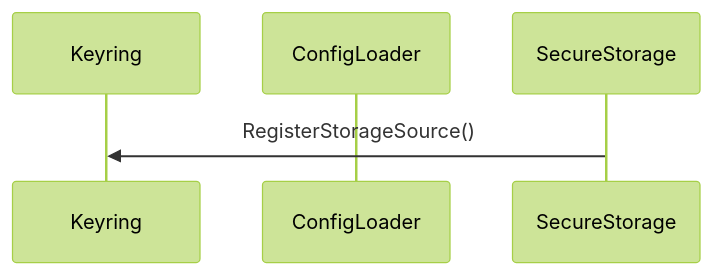
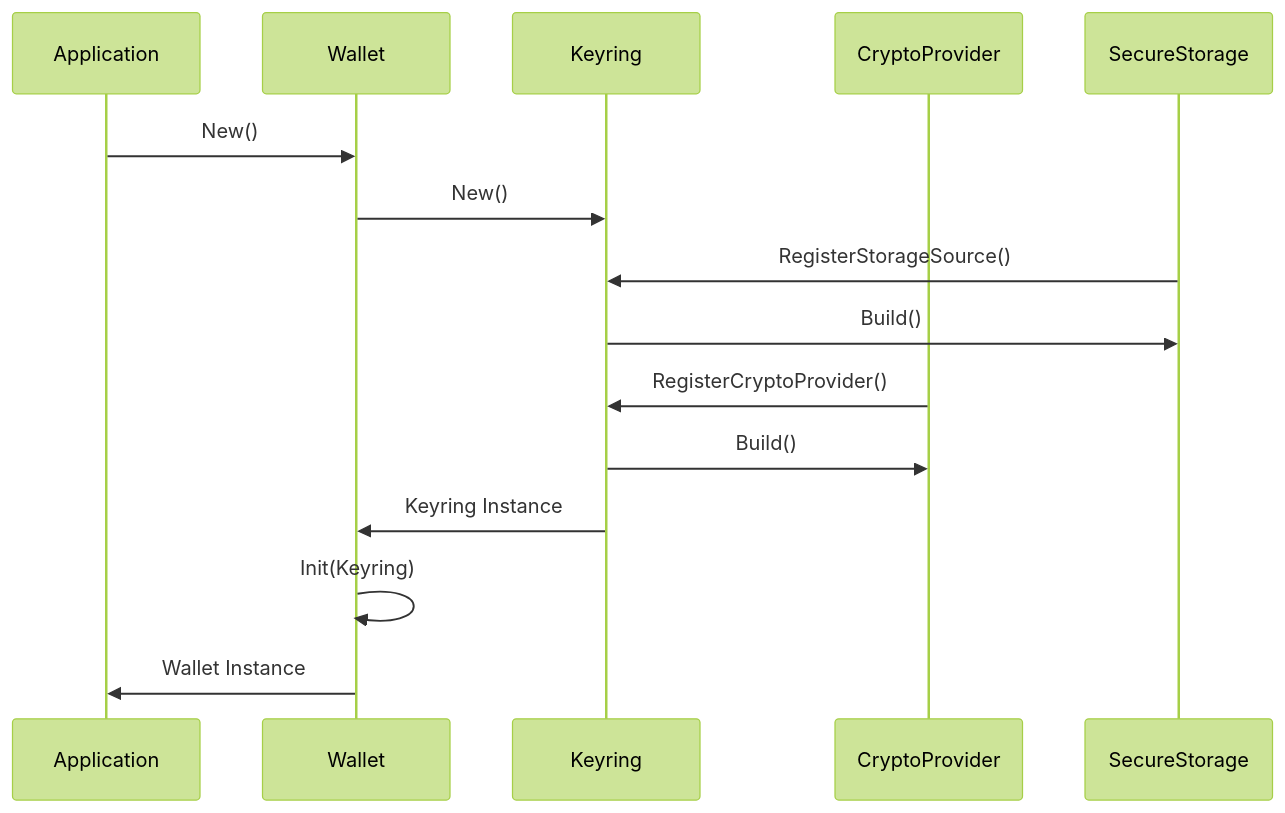
The fifth of 6 diagrams in crypto/docs/adr.md (Zondax/cosmos-sdk), drawn with Mermaid (forest theme) before and after one commit. The commit also changed other lines of this file and 1 other file, not shown here.

````diff
--- a/crypto/docs/adr.md
+++ b/crypto/docs/adr.md
@@ -467,9 +411,18 @@
 ```mermaid
 sequenceDiagram
+    participant Application
+    participant Wallet
     participant Keyring
-    participant ConfigLoader
+    participant CryptoProvider
     participant SecureStorage
-    
-    SecureStorage->>Keyring: RegisterStorageSource()
 
+    Application->> Wallet: New()
+    Wallet->>Keyring: New()
+      SecureStorage->>Keyring: RegisterStorageSource()
+      Keyring->>SecureStorage: Build()
+      CryptoProvider->>Keyring: RegisterCryptoProvider()
+      Keyring->>CryptoProvider: Build()
+    Keyring->>Wallet: Keyring Instance
+    Wallet->>Wallet: Init(Keyring)
+    Wallet->>Application: Wallet Instance
 ```
````
